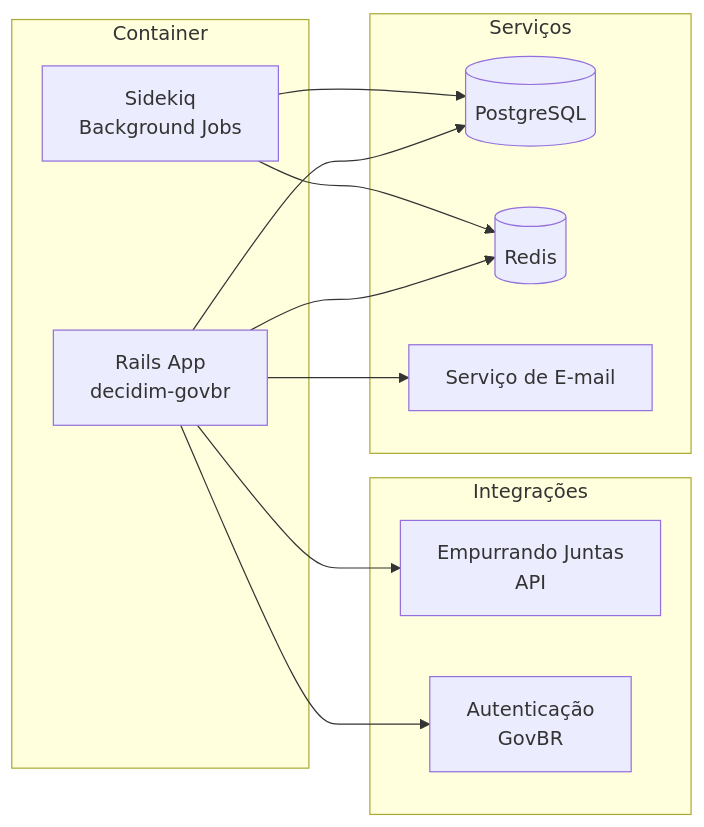
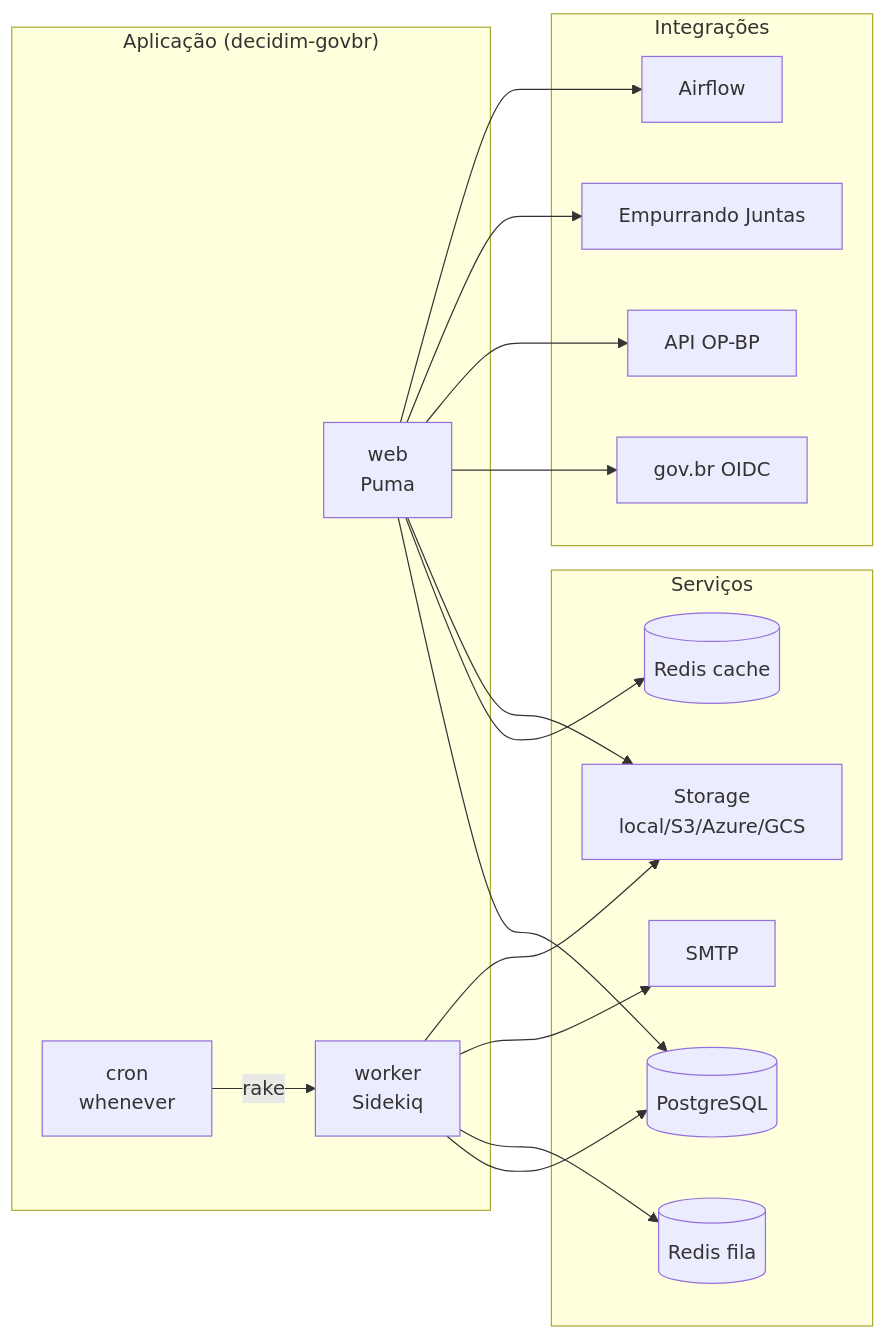
One commit to RochaCarla/doc-bp changed the diagram in docs/operador/deploy.md. Above: the diagram before and after it, drawn with Mermaid. The commit also changed other lines of this file and 75 other files, not shown here.

````diff
--- a/docs/operador/deploy.md
+++ b/docs/operador/deploy.md
@@ -9,26 +7,30 @@
 ```mermaid
 graph LR
-    subgraph "Container"
-        APP[Rails App<br/>decidim-govbr]
-        SIDEKIQ[Sidekiq<br/>Background Jobs]
+    subgraph "Aplicação (decidim-govbr)"
+        WEB[web<br/>Puma]
+        WORKER[worker<br/>Sidekiq]
+        CRON[cron<br/>whenever]
     end
 
     subgraph "Serviços"
         PG[(PostgreSQL)]
-        REDIS[(Redis)]
-        SMTP[Serviço de E-mail]
+        RQ[(Redis fila)]
+        RC[(Redis cache)]
+        SMTP[SMTP]
+        ST[Storage<br/>local/S3/Azure/GCS]
     end
 
     subgraph "Integrações"
-        EJ[Empurrando Juntas<br/>API]
-        AUTH[Autenticação<br/>GovBR]
+        GOV[gov.br OIDC]
+        OPBP[API OP-BP]
+        EJ[Empurrando Juntas]
+        AF[Airflow]
     end
 
-    APP --> PG
-    APP --> REDIS
-    APP --> SMTP
-    APP --> EJ
-    APP --> AUTH
-    SIDEKIQ --> PG
-    SIDEKIQ --> REDIS
+    WEB --> PG & RC & ST & GOV
+    WEB --> OPBP
+    WEB --> EJ
+    WORKER --> PG & RQ & SMTP & ST
+    CRON -->|rake| WORKER
+    WEB --> AF
 ```
````
